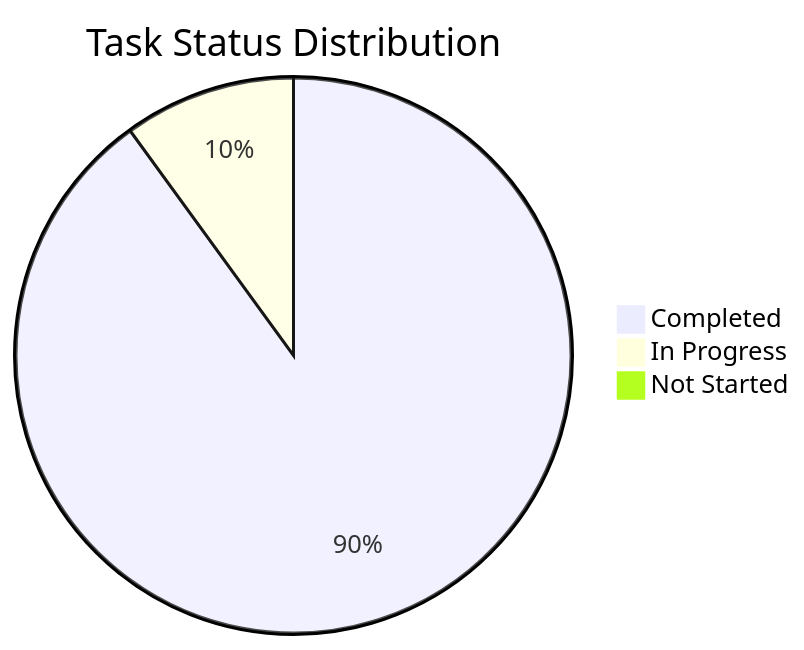
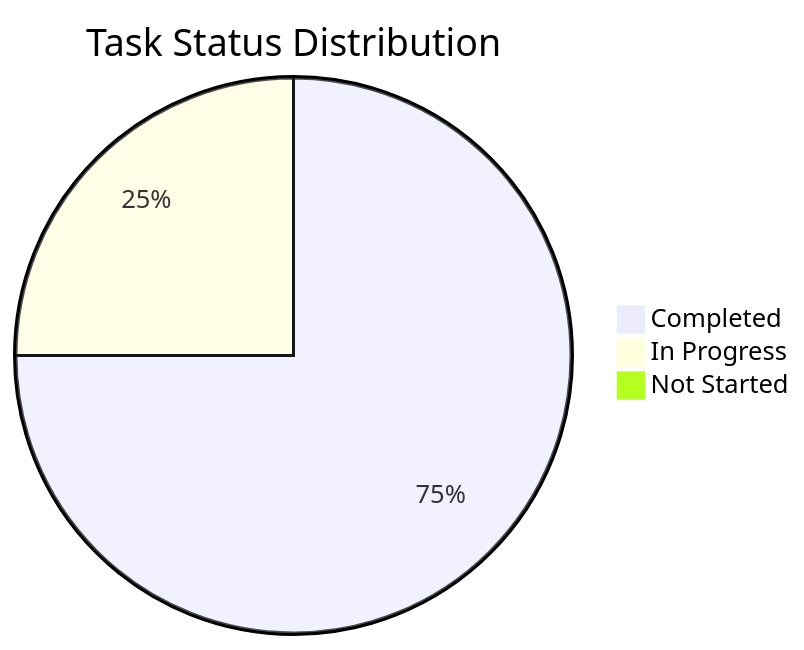
The diagram in reports/mai-personal-report.md (Cyberk-vn/fair-launch-workspace), drawn with Mermaid before and after one commit. The commit also changed other lines of this file and 6 other files, not shown here.

````diff
--- a/reports/mai-personal-report.md
+++ b/reports/mai-personal-report.md
@@ -7,6 +7,6 @@
 ```mermaid
 pie title Task Status Distribution
-    "Completed" : 90
-    "In Progress" : 10
+    "Completed" : 75
+    "In Progress" : 25
     "Not Started" : 0
 ```
````
